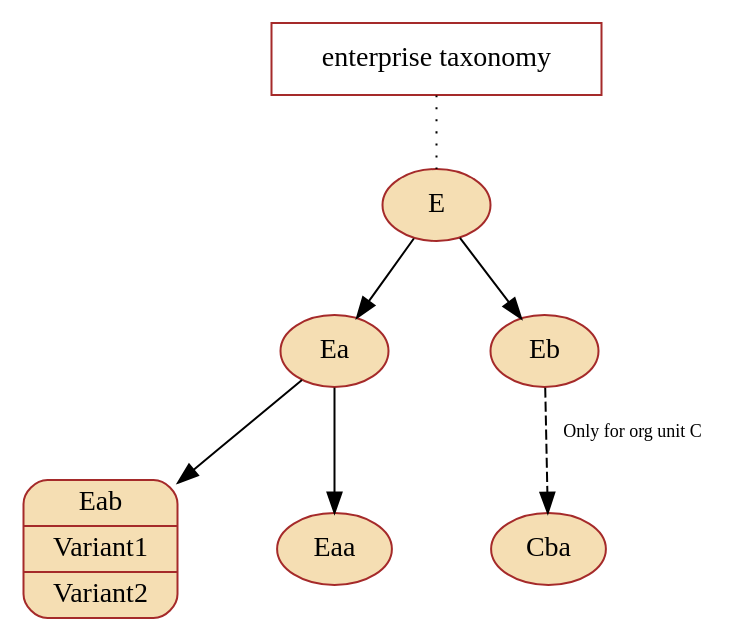
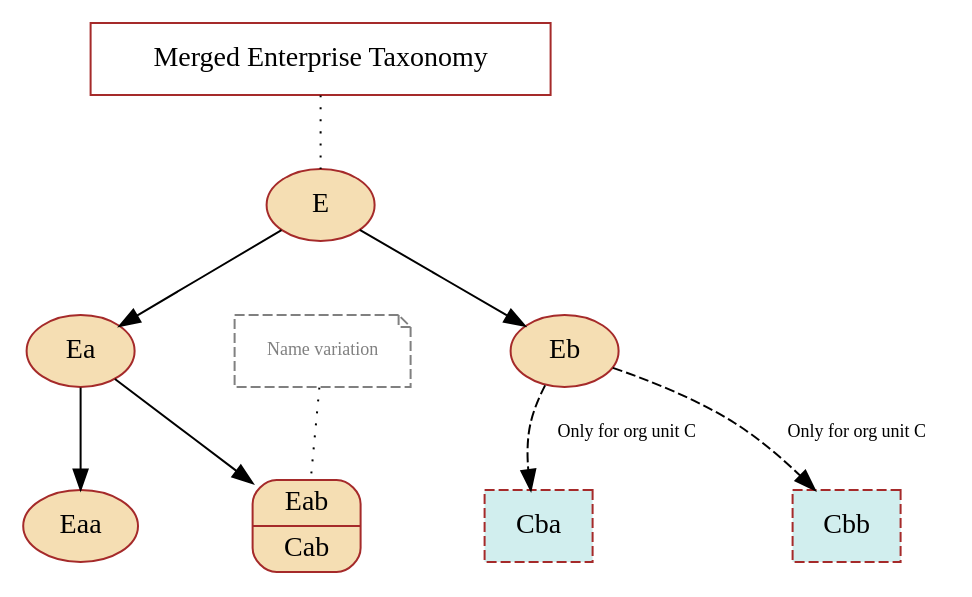
The first of 2 diagrams in docs/design/taxonomy_mapping/mapping.adoc (finos/waltz), drawn with Graphviz before and after one commit. The commit also changed other lines of this file and 1 other file, not shown here.

First line of the commit message:
Documenting possible approaches to taxonomy management

```diff
--- a/docs/design/taxonomy_mapping/mapping.adoc
+++ b/docs/design/taxonomy_mapping/mapping.adoc
@@ -28,23 +32,29 @@
 [graphviz, merged, svg]
 ----
 digraph B {
     nodesep=0.7;
 
     subgraph ent {
         node [style=filled,fillcolor=wheat,color=brown,shape=oval];
 
-        Er [label="enterprise taxonomy", shape=rectangle, fillcolor=none];
-        Eab [label="{Eab|Variant1|Variant2}", shape=Mrecord]
+        Er [label="Merged Enterprise Taxonomy", shape=rectangle, fillcolor=none];
+        Eab [label="{Eab|Cab}", shape=Mrecord];
+        Cba [style="dashed,filled" fillcolor=lightcyan2, shape=rect];
+        Cbb [style="dashed,filled" fillcolor=lightcyan2, shape=rect];
 
-        Er -> E [style=dotted, arrowhead=none]
+        EabNote [label="Name variation", fontsize=9, fontcolor=grey, style="dashed,filled" color=grey, shape=note, fillcolor=none];
+        EabNote -> Eab [style=dotted, arrowhead=none];
+
+        Er -> E [style=dotted, arrowhead=none];
 
         E -> Ea;
         E -> Eb;
         Ea -> Eaa;
         Ea -> Eab;
-        Eb -> Cba [style=dashed, fontsize=9, label="Only for org unit C"];
-
-
+        Eb -> Cba [style=dashed, fontsize=9, label="  Only for org unit C"];
+        Eb -> Cbb [style=dashed, fontsize=9, label="  Only for org unit C"];
+        Cba -> Cbb[style=invis]
+        {rank="same"; Cba; Cbb}
     }
 }
 ----
```
